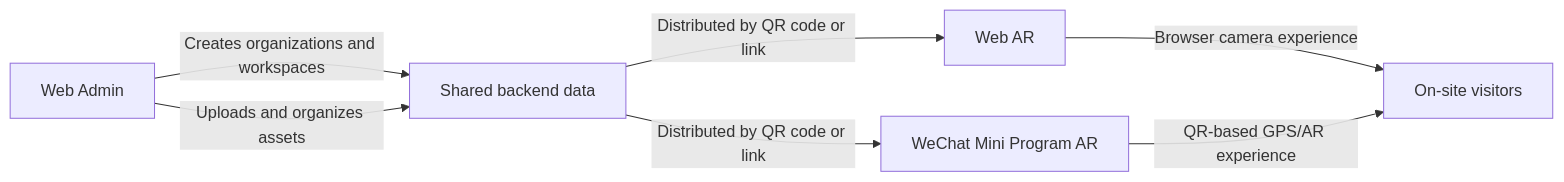
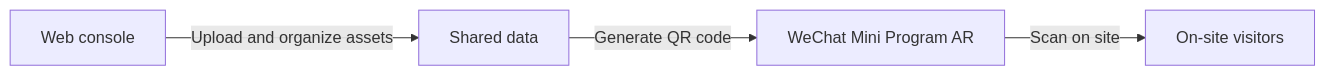
Before and after one commit to WangZhewei1027/sanlinlaojie: the diagram in app/instructions/en/page.mdx, drawn with Mermaid. The commit also changed other lines of this file and 17 other files, not shown here.

First line of the commit message:
feat: enhance Mermaid diagram rendering with debug logs and error handling

````diff
--- a/app/instructions/en/page.mdx
+++ b/app/instructions/en/page.mdx
@@ -15,9 +16,6 @@
 ```mermaid
 flowchart LR
-	A[Web Admin] -->|Creates organizations and workspaces| B[Shared backend data]
-	A -->|Uploads and organizes assets| B
-	B -->|Distributed by QR code or link| C[Web AR]
-	B -->|Distributed by QR code or link| D[WeChat Mini Program AR]
-	C -->|Browser camera experience| E[On-site visitors]
-	D -->|QR-based GPS/AR experience| E
+	A[Web console] -->|Upload and organize assets| B[Shared data]
+	B -->|Generate QR code| C[WeChat Mini Program AR]
+	C -->|Scan on site| D[On-site visitors]
 ```
````
